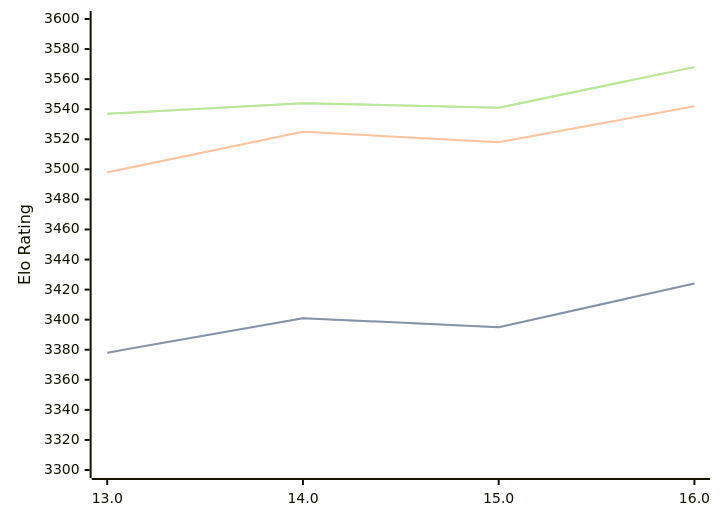
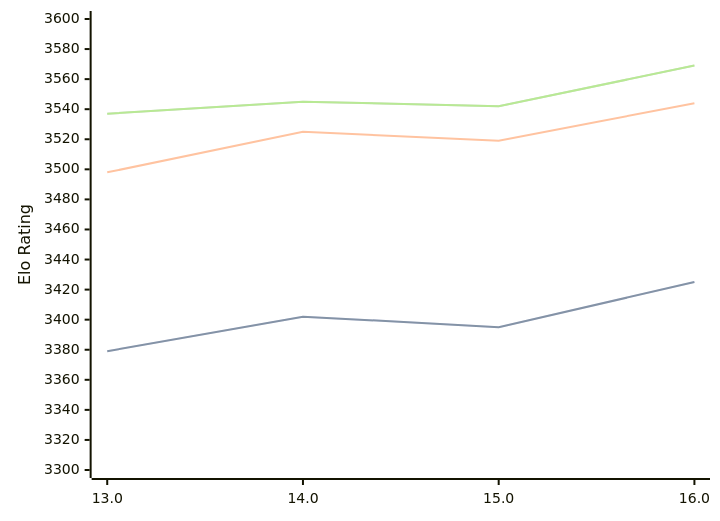
The first of 3 diagrams in engines/Obsidian.md (computer-chess-index/cci), drawn with Mermaid before and after one commit. The commit also changed other lines of this file, not shown here.

Commit message:
Update CCI Ratings (ELO VLTC) - 2026-06-24

````diff
--- a/engines/Obsidian.md
+++ b/engines/Obsidian.md
@@ -43,11 +43,11 @@
 ```mermaid
 %%{init: {"theme":"base","themeVariables":{"seriesColors:['#a3a3a3','#222221','#faa371']}}}%%
 xychart-beta
   x-axis ["13.0", "14.0", "15.0", "16.0"]
   y-axis "Elo Rating" 3300 --> 3600
-  line "STC (8.0+0.08s)" [3378, 3401, 3395, 3424]
-  line "STC (8.0+0.08s)" [3378, 3401, 3395, 3424]
-  line "LTC (60.0+0.60s)" [3498, 3525, 3518, 3542]
-  line "VLTC (2m24s+1.12s)" [3537, 3544, 3541, 3568]
-  line "VLTC (2m24s+1.12s)" [3537, 3544, 3541, 3568]
+  line "STC (8.0+0.08s)" [3379, 3402, 3395, 3425]
+  line "STC (8.0+0.08s)" [3379, 3402, 3395, 3425]
+  line "LTC (60.0+0.60s)" [3498, 3525, 3519, 3544]
+  line "VLTC (2m24s+1.12s)" [3537, 3545, 3542, 3569]
+  line "VLTC (2m24s+1.12s)" [3537, 3545, 3542, 3569]
 ```
````
